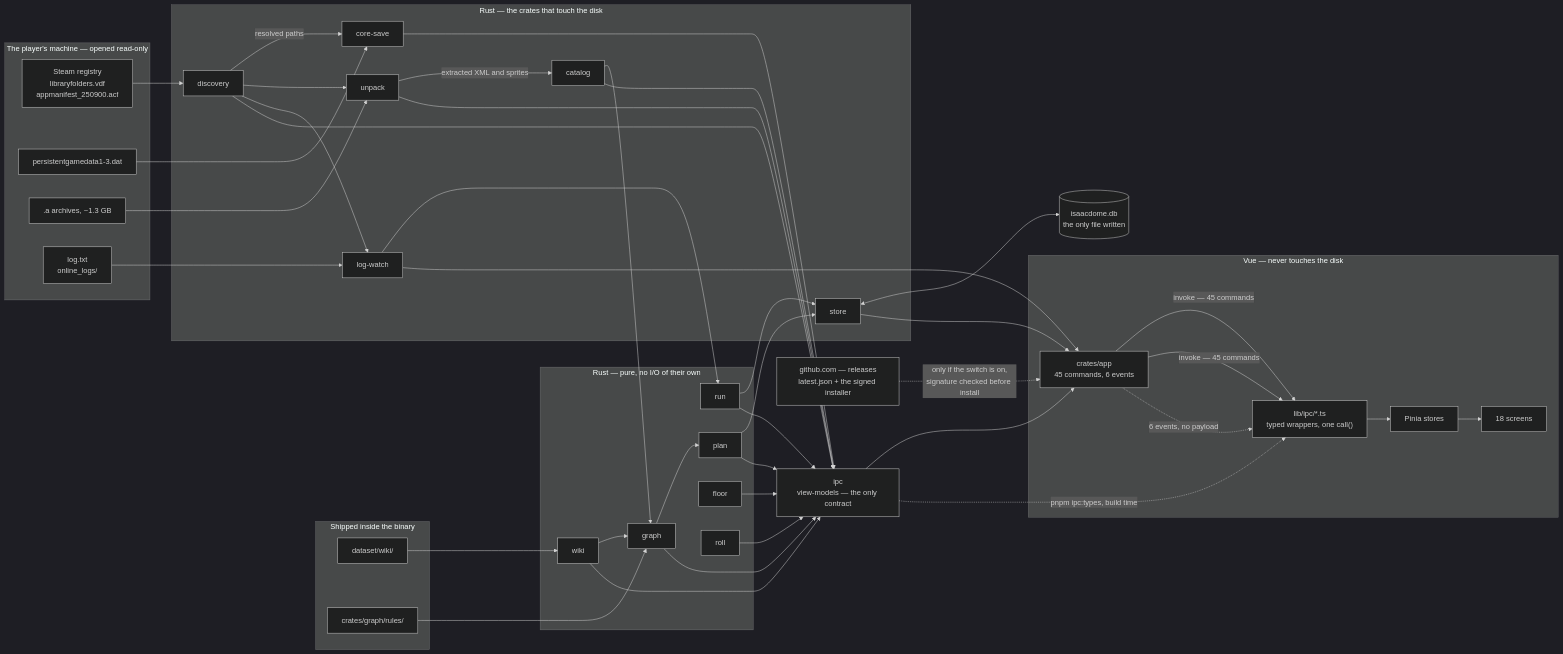
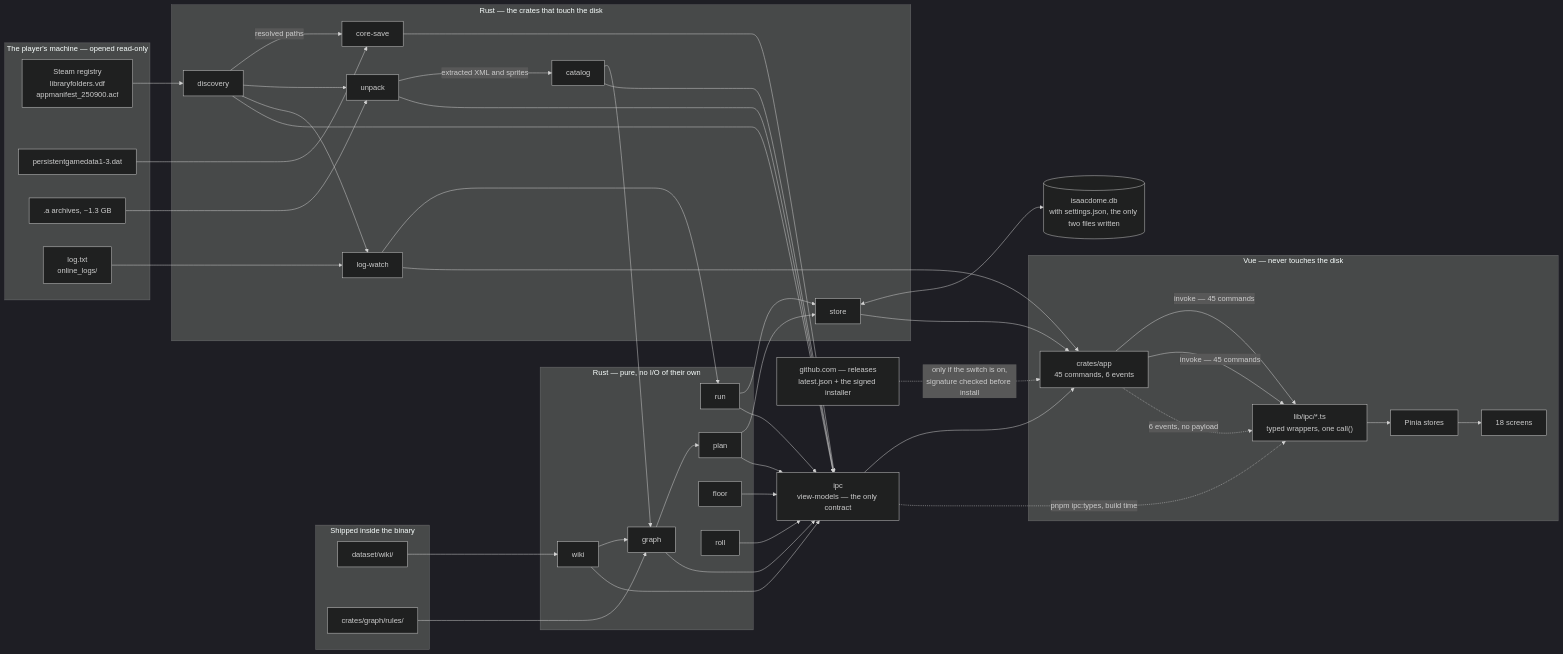
Before and after one commit to DomenghiniStefano/isaac-dome: the first of 4 diagrams in docs/architecture.md, drawn with Mermaid (dark theme). The commit also changed other lines of this file and 1 other file, not shown here.

```diff
--- a/docs/architecture.md
+++ b/docs/architecture.md
@@ -77,7 +77,7 @@
     screens["18 screens"]
   end
 
-  db[("isaacdome.db<br/>the only file written")]
+  db[("isaacdome.db<br/>with settings.json, the only two files written")]
 
   github["github.com — releases<br/>latest.json + the signed installer"]
 
```
